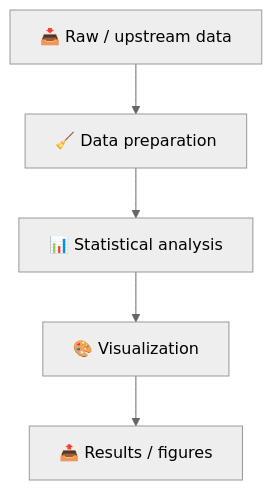
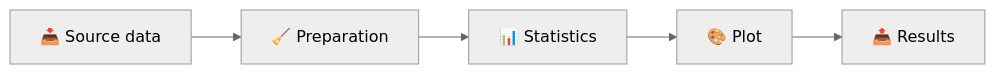
Before and after one commit to apexpeng/write-human-r-code: the second of 2 diagrams in README.md, drawn with Mermaid (neutral theme). The commit also changed other lines of this file, not shown here.

````diff
--- a/README.md
+++ b/README.md
@@ -82,7 +78,7 @@
 ```mermaid
-flowchart TD
-    A["📥 Raw / upstream data"] --> B["🧹 Data preparation"]
-    B --> C["📊 Statistical analysis"]
-    C --> D["🎨 Visualization"]
-    D --> E["📤 Results / figures"]
+flowchart LR
+    A["📥 Source data"] --> B["🧹 Preparation"]
+    B --> C["📊 Statistics"]
+    C --> D["🎨 Plot"]
+    D --> E["📤 Results"]
 ```
````
